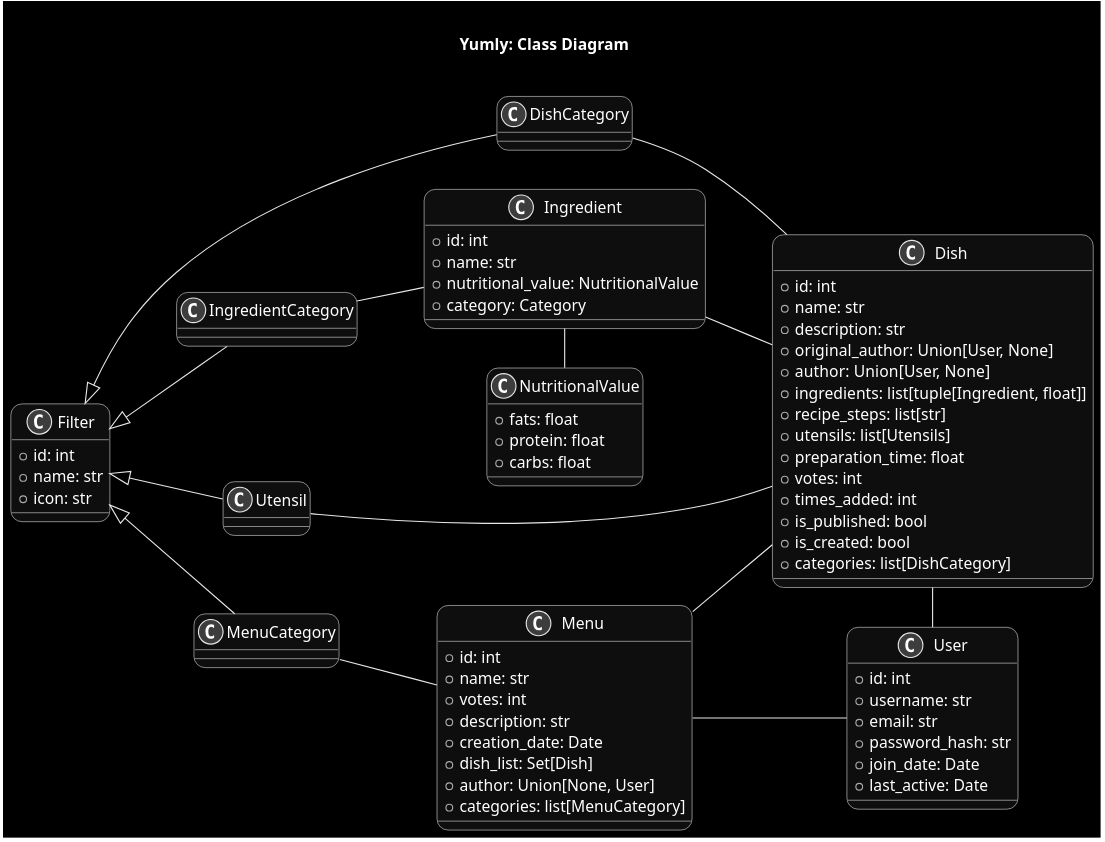
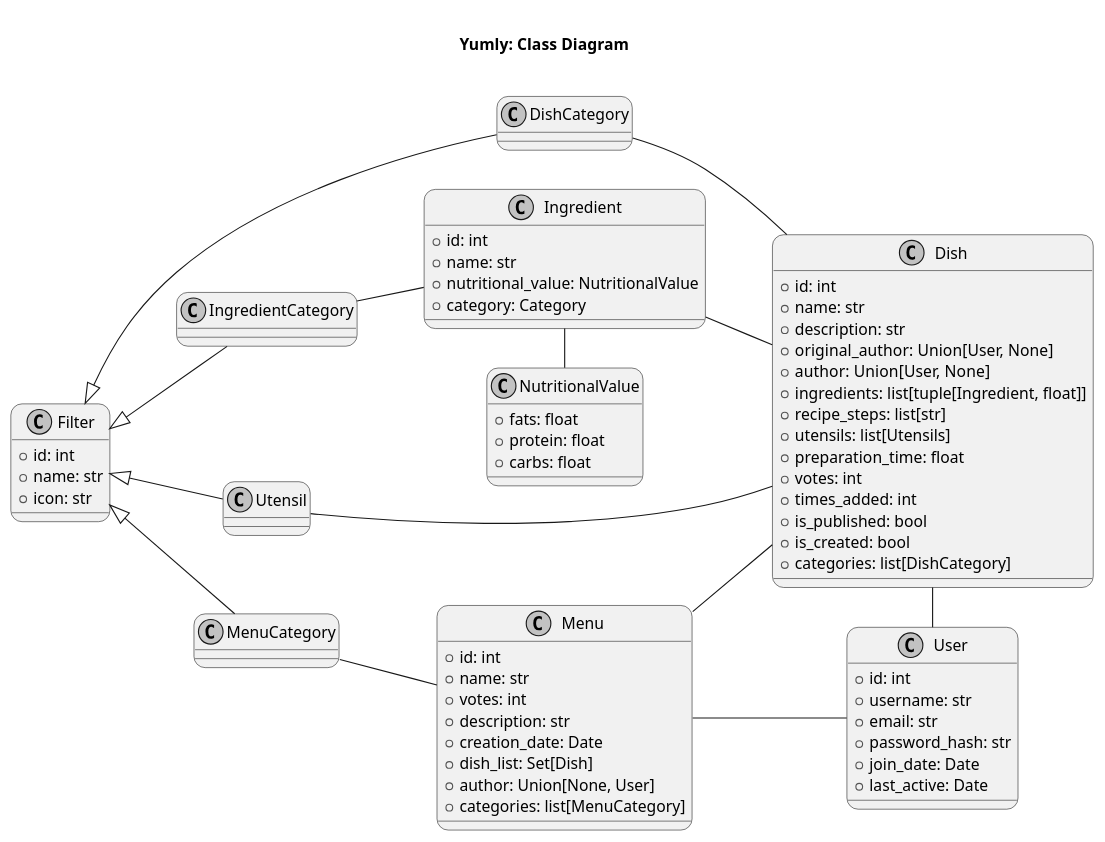
One commit to VashLT/Yumly changed the diagram in Design/yumlyClassDiagram.plantuml. Above: the diagram before and after it, drawn with PlantUML. The commit also changed 2 other files, not shown here.

Commit message:
Added basic opertaion flowchart, updated readme

```diff
--- a/Design/yumlyClassDiagram.plantuml
+++ b/Design/yumlyClassDiagram.plantuml
@@ -1,101 +1,101 @@
 @startuml yumlyClassDiagram
 
 title \n Yumly: Class Diagram \n
 
 left to right direction
-skinparam monochrome reverse
+skinparam monochrome true
 skinparam roundcorner 20
 
 class Menu {
     + id: int
     + name: str
     + votes: int
     + description: str
     + creation_date: Date
     + dish_list: Set[Dish]
     + author: Union[None, User]
     + categories: list[MenuCategory]
 }
 
 class Dish {
     + id: int
     + name: str
     + description: str
     + original_author: Union[User, None]
     + author: Union[User, None]
     + ingredients: list[tuple[Ingredient, float]]
     + recipe_steps: list[str]
     + utensils: list[Utensils]
     + preparation_time: float
     + votes: int
     + times_added: int
     + is_published: bool
     + is_created: bool
     + categories: list[DishCategory]
 }
 
 class User {
     + id: int
     + username: str
     + email: str
     + password_hash: str
     + join_date: Date
     + last_active: Date
 }
 
 class Ingredient {
     + id: int
     + name: str
     + nutritional_value: NutritionalValue
     + category: Category
 }
 
 class NutritionalValue {
     + fats: float
     + protein: float
     + carbs: float
 }
 
 class Filter {
     +id: int
     +name: str
     +icon: str
 }
 
 class DishCategory {
 
 }
 
 class IngredientCategory {
 
 }
 
 class Utensil {
 
 }
 
 class MenuCategory {
 
 }
 
 
 ' Relationships
 
 MenuCategory -- Menu
 Utensil -- Dish
 DishCategory -- Dish
 
 Menu -- User
 Menu -- Dish
 Dish -Right- User
 
 IngredientCategory -- Ingredient
 Dish -Left- Ingredient
 Ingredient -Right- NutritionalValue
 
 Filter <|-- IngredientCategory
 Filter <|-- DishCategory
 Filter <|-- MenuCategory
 Filter <|-- Utensil
 
 @enduml
```
